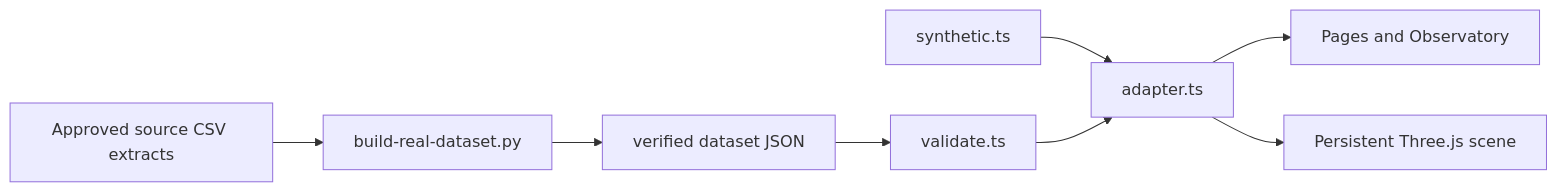
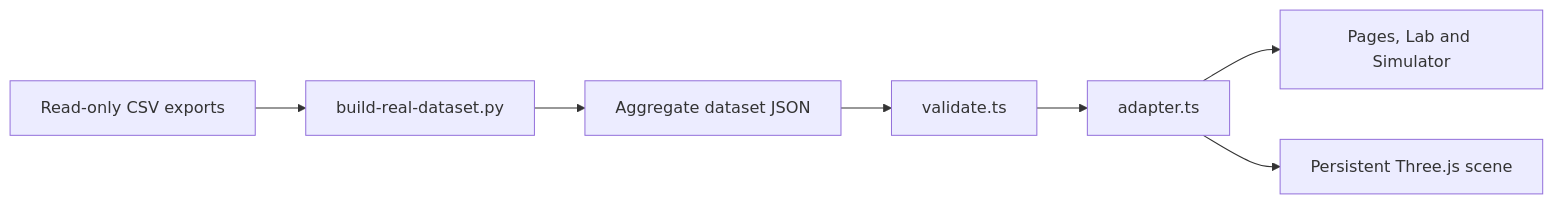
Before and after one commit to OmarRez2/meridian-intelligence: the diagram in README.md, drawn with Mermaid. The commit also changed other lines of this file and 9 other files, not shown here.

````diff
--- a/README.md
+++ b/README.md
@@ -64,10 +52,9 @@
 ```mermaid
 flowchart LR
-  CSV[Approved source CSV extracts] --> BUILD[build-real-dataset.py]
-  BUILD --> JSON[verified dataset JSON]
+  CSV[Read-only CSV exports] --> BUILD[build-real-dataset.py]
+  BUILD --> JSON[Aggregate dataset JSON]
   JSON --> VALIDATE[validate.ts]
-  DEMO[synthetic.ts] --> ADAPTER[adapter.ts]
-  VALIDATE --> ADAPTER
-  ADAPTER --> PAGES[Pages and Observatory]
+  VALIDATE --> ADAPTER[adapter.ts]
+  ADAPTER --> PAGES[Pages, Lab and Simulator]
   ADAPTER --> SKY[Persistent Three.js scene]
 ```
````
